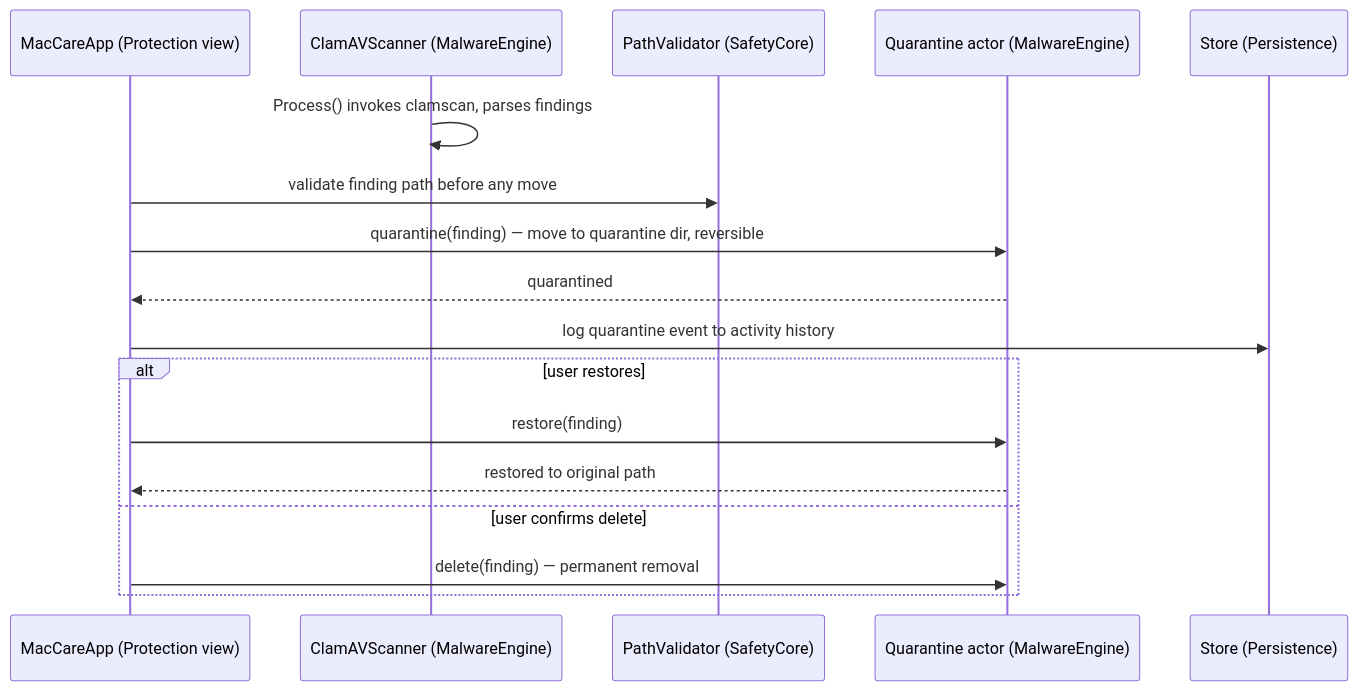
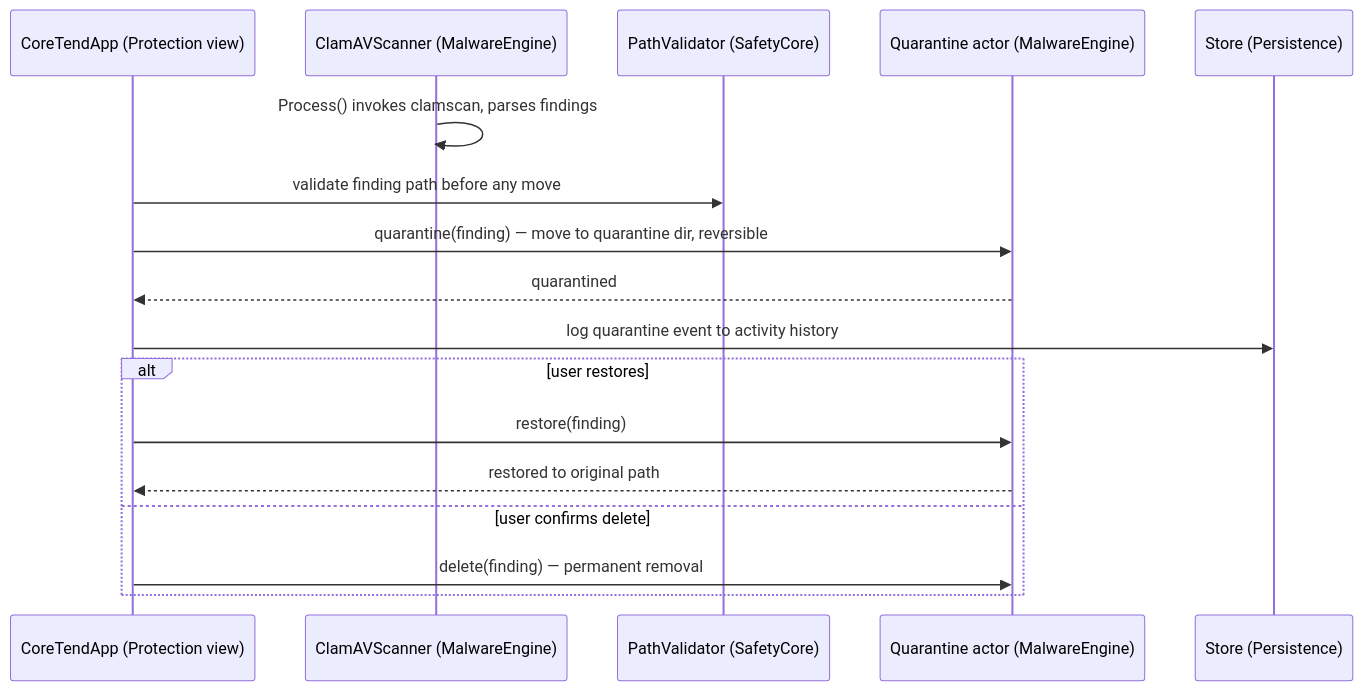
Before and after one commit to ahmetbsbnr/coretend: the third of 4 diagrams in Documentation/ARCHITECTURE_INVENTORY.md, drawn with Mermaid. The commit also changed other lines of this file and 220 other files, not shown here.

First line of the commit message:
refactor(brand)!: rename the product from MacCare Local to CoreTend

````diff
--- a/Documentation/ARCHITECTURE_INVENTORY.md
+++ b/Documentation/ARCHITECTURE_INVENTORY.md
@@ -98,20 +98,20 @@
 ```mermaid
 sequenceDiagram
-    participant UI as MacCareApp (Protection view)
+    participant UI as CoreTendApp (Protection view)
     participant ME as ClamAVScanner (MalwareEngine)
     participant PV as PathValidator (SafetyCore)
     participant Q as Quarantine actor (MalwareEngine)
     participant ST as Store (Persistence)
 
     ME->>ME: Process() invokes clamscan, parses findings
     UI->>PV: validate finding path before any move
     UI->>Q: quarantine(finding) — move to quarantine dir, reversible
     Q-->>UI: quarantined
     UI->>ST: log quarantine event to activity history
     alt user restores
         UI->>Q: restore(finding)
         Q-->>UI: restored to original path
     else user confirms delete
         UI->>Q: delete(finding) — permanent removal
     end
 ```
````
